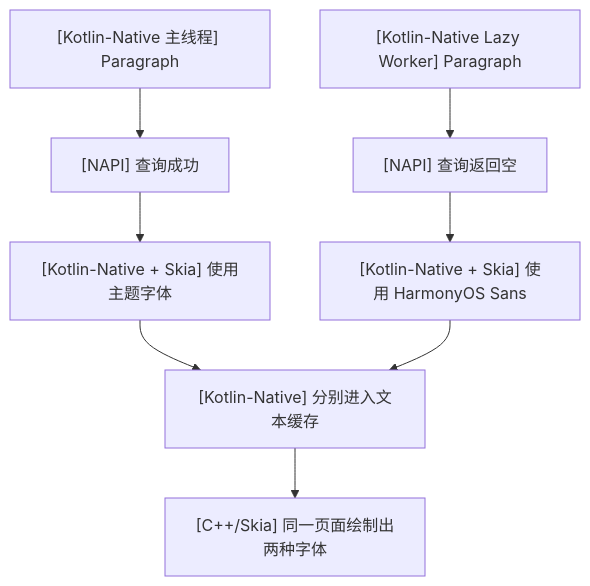
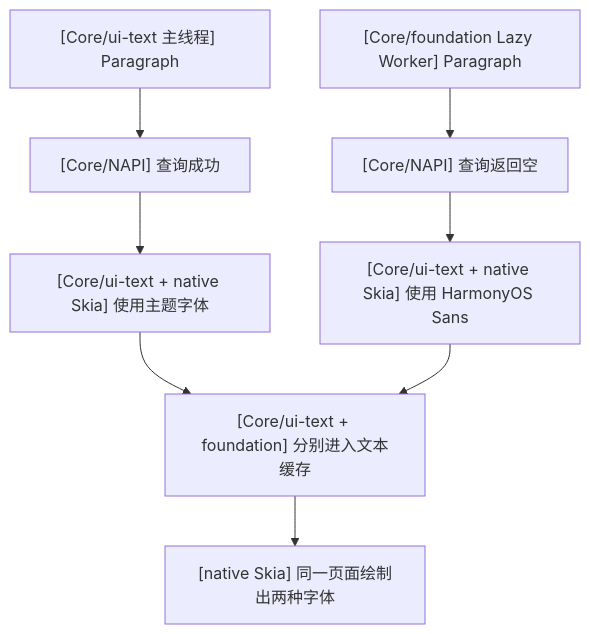
Before and after one commit to jsdegithub/CMP-DOCS: the ninth of 10 diagrams in CMP不跟随系统字体问题-根因与修复思路.md, drawn with Mermaid. The commit also changed other lines of this file, not shown here.

````diff
--- a/CMP不跟随系统字体问题-根因与修复思路.md
+++ b/CMP不跟随系统字体问题-根因与修复思路.md
@@ -499,10 +528,10 @@
 ```mermaid
 flowchart TD
-    A["[Kotlin-Native 主线程] Paragraph"] --> B["[NAPI] 查询成功"]
-    B --> C["[Kotlin-Native + Skia] 使用主题字体"]
-    D["[Kotlin-Native Lazy Worker] Paragraph"] --> E["[NAPI] 查询返回空"]
-    E --> F["[Kotlin-Native + Skia] 使用 HarmonyOS Sans"]
-    C --> G["[Kotlin-Native] 分别进入文本缓存"]
+    A["[Core/ui-text 主线程] Paragraph"] --> B["[Core/NAPI] 查询成功"]
+    B --> C["[Core/ui-text + native Skia] 使用主题字体"]
+    D["[Core/foundation Lazy Worker] Paragraph"] --> E["[Core/NAPI] 查询返回空"]
+    E --> F["[Core/ui-text + native Skia] 使用 HarmonyOS Sans"]
+    C --> G["[Core/ui-text + foundation] 分别进入文本缓存"]
     F --> G
-    G --> H["[C++/Skia] 同一页面绘制出两种字体"]
+    G --> H["[native Skia] 同一页面绘制出两种字体"]
 ```
````
